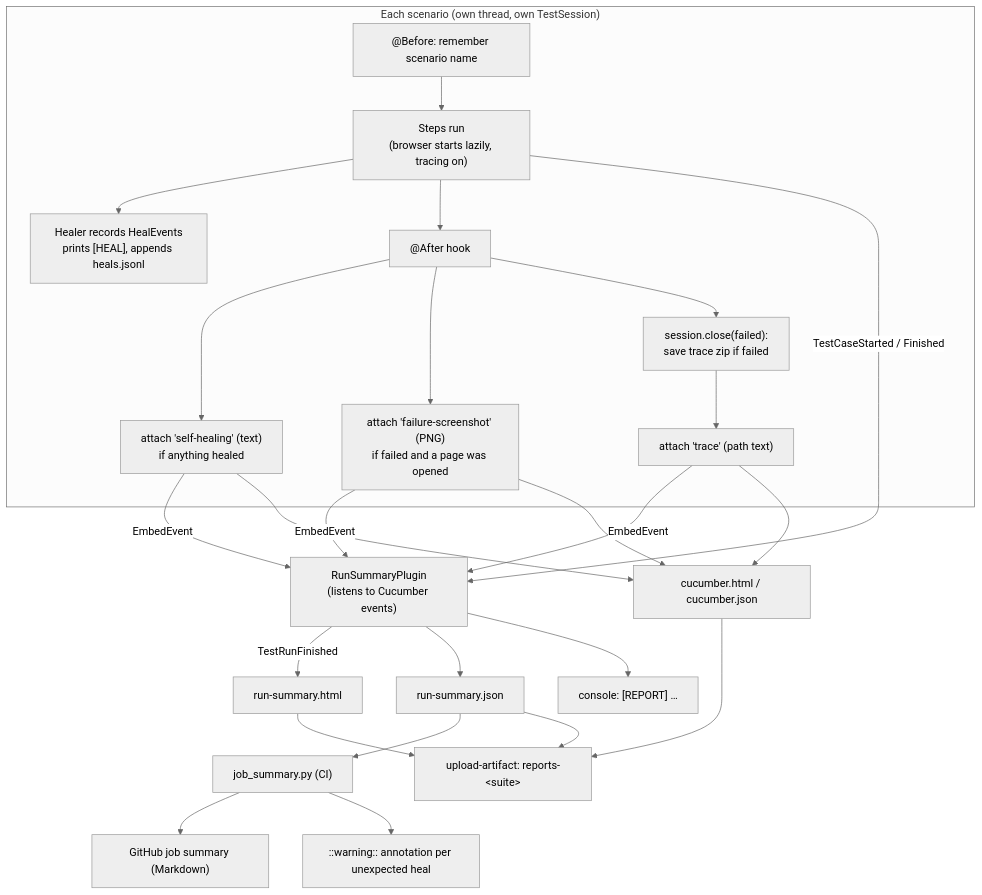
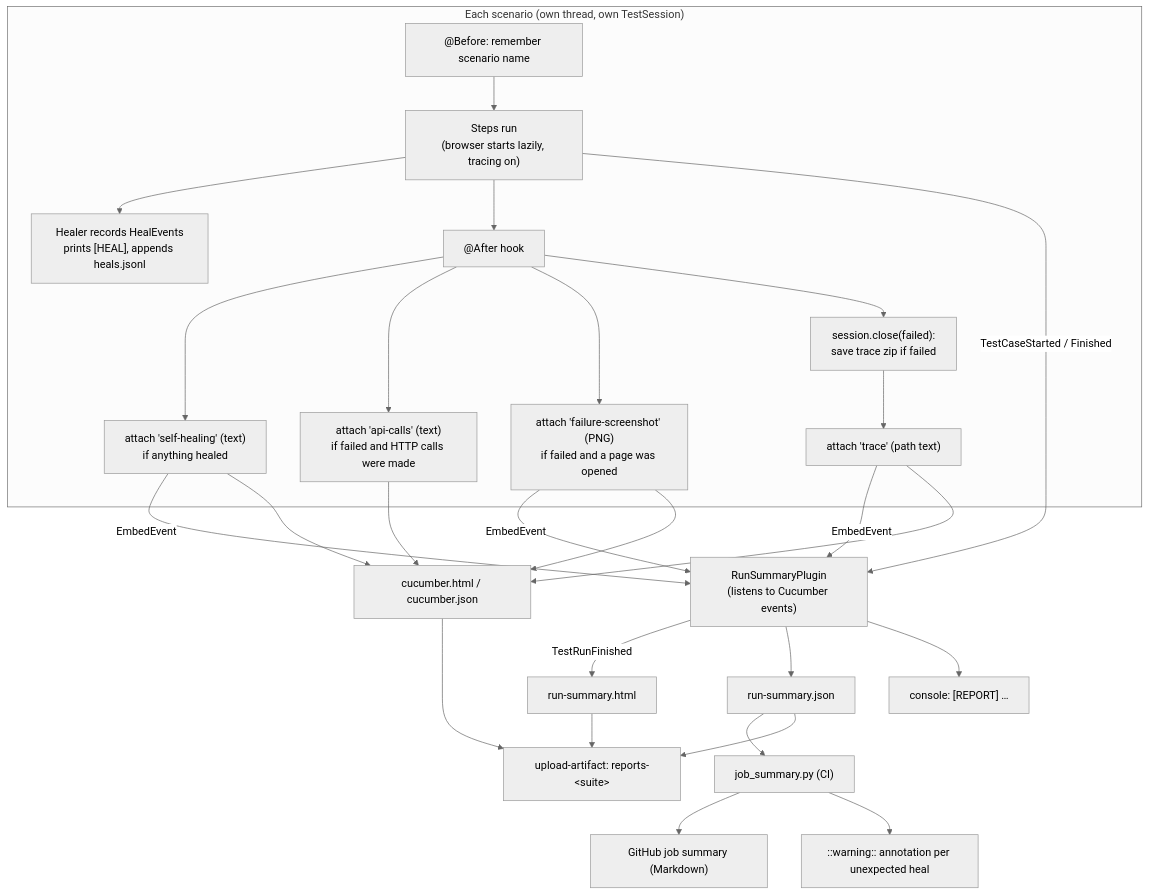
One commit to JayeshKumud/agentic-qa-java changed the diagram in docs/reporting.md. Above: the diagram before and after it, drawn with Mermaid (neutral theme). The commit also changed other lines of this file and 22 other files, not shown here.

````diff
--- a/docs/reporting.md
+++ b/docs/reporting.md
@@ -37,25 +37,26 @@
 ```mermaid
 flowchart TD
     subgraph Scenario["Each scenario (own thread, own TestSession)"]
         S1["@Before: remember scenario name"] --> S2["Steps run<br/>(browser starts lazily, tracing on)"]
         S2 --> S3["Healer records HealEvents<br/>prints [HEAL], appends heals.jsonl"]
         S2 --> S4["@After hook"]
         S4 --> A1["attach 'self-healing' (text)<br/>if anything healed"]
+        S4 --> A5["attach 'api-calls' (text)<br/>if failed and HTTP calls were made"]
         S4 --> A2["attach 'failure-screenshot' (PNG)<br/>if failed and a page was opened"]
         S4 --> A3["session.close(failed):<br/>save trace zip if failed"]
         A3 --> A4["attach 'trace' (path text)"]
     end
 
     A1 & A2 & A4 -->|EmbedEvent| P["RunSummaryPlugin<br/>(listens to Cucumber events)"]
     S2 -->|TestCaseStarted / Finished| P
-    A1 & A2 & A4 --> C["cucumber.html / cucumber.json"]
+    A1 & A2 & A4 & A5 --> C["cucumber.html / cucumber.json"]
 
     P -->|TestRunFinished| R1["run-summary.html"]
     P --> R2["run-summary.json"]
     P --> R3["console: [REPORT] …"]
 
     R2 --> J["job_summary.py (CI)"]
     J --> G1["GitHub job summary (Markdown)"]
     J --> G2["::warning:: annotation per unexpected heal"]
     R1 & R2 & C --> U["upload-artifact: reports-&lt;suite&gt;"]
 ```
````
